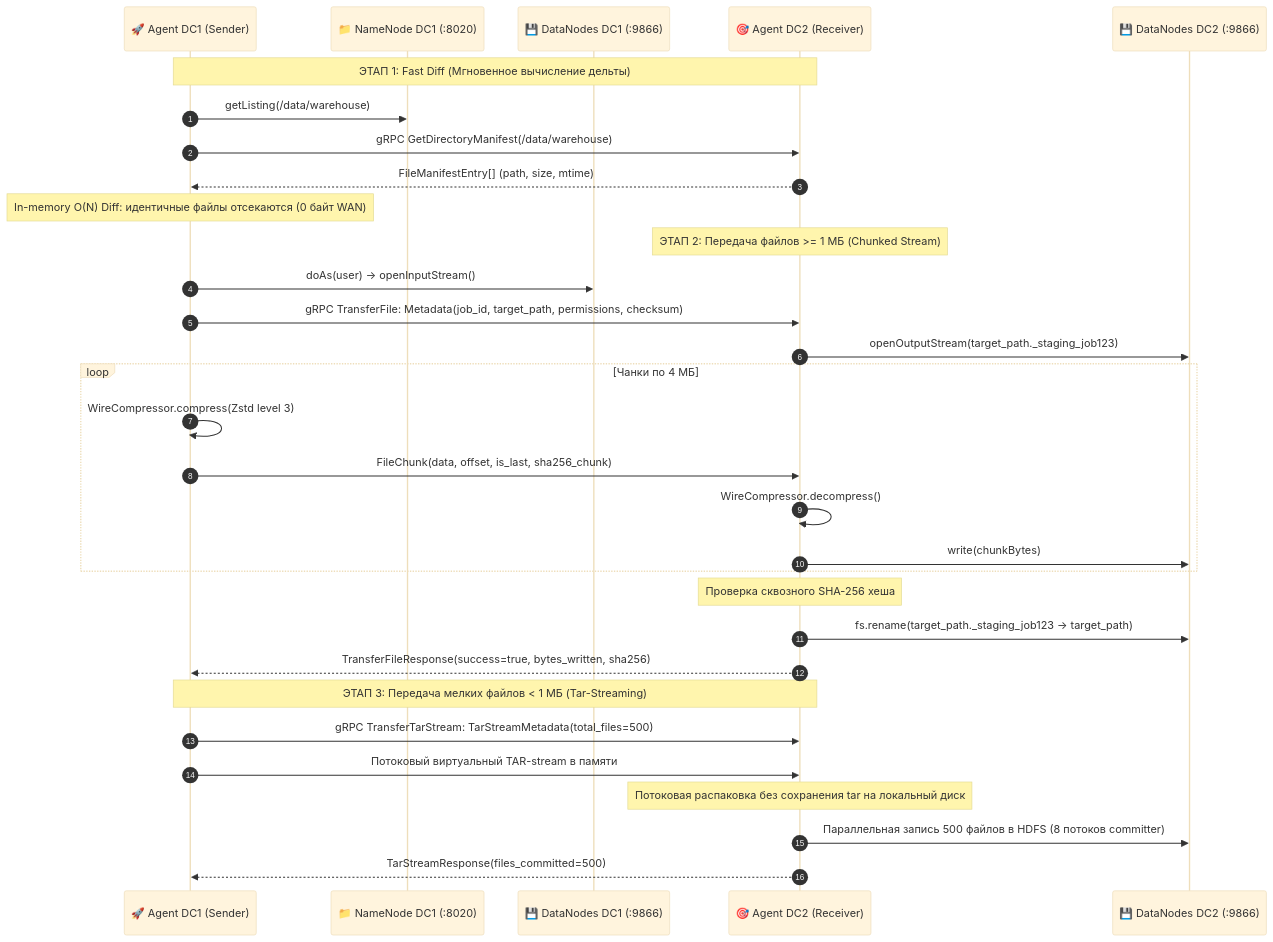
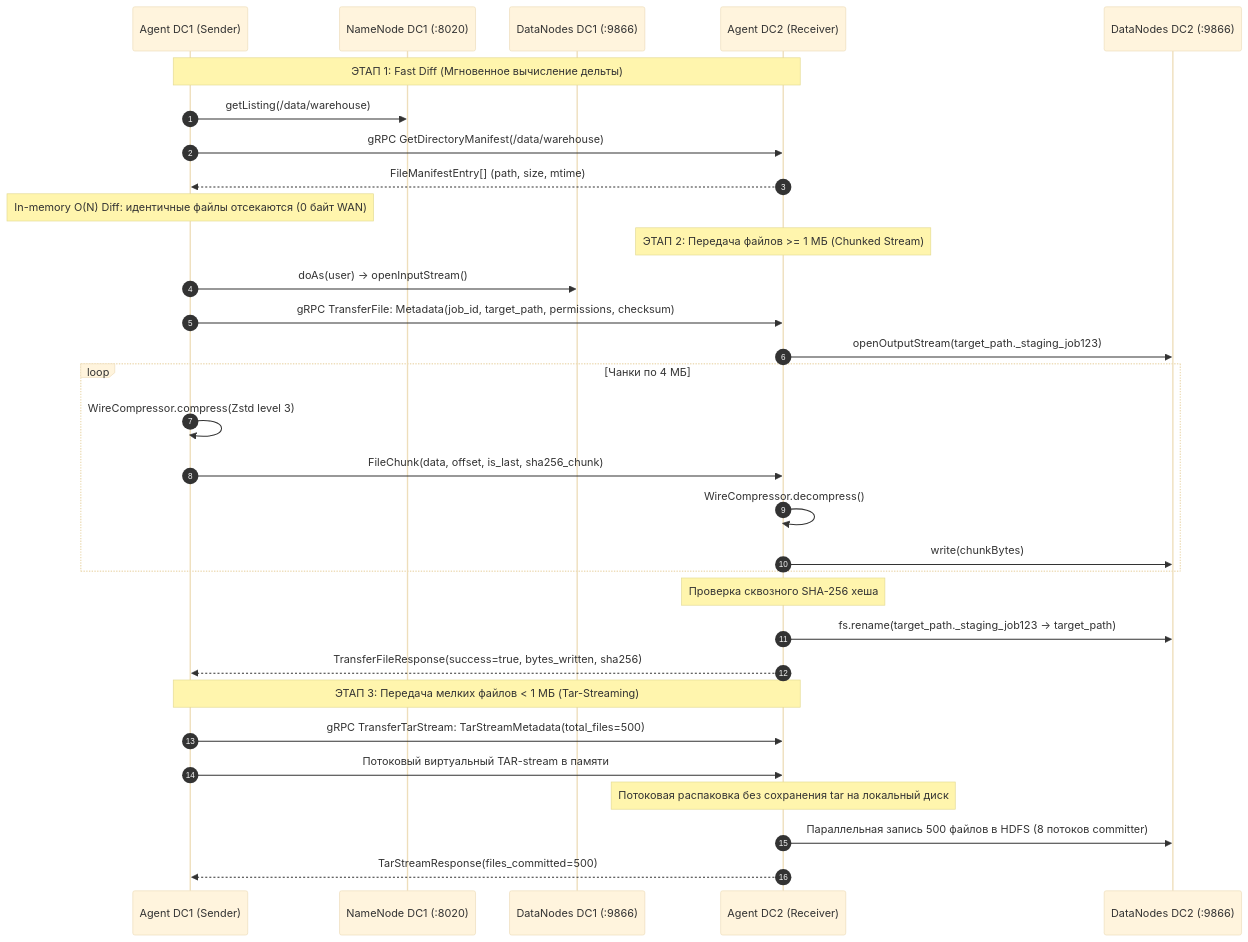
Before and after one commit to balookrd/hadoop-explorer: the first of 3 diagrams in docs/replicator-presentation.md, drawn with Mermaid (base theme). The commit also changed other lines of this file and 48 other files, not shown here.

````diff
--- a/docs/replicator-presentation.md
+++ b/docs/replicator-presentation.md
@@ -194,36 +195,36 @@
 ```mermaid
 sequenceDiagram
     autonumber
-    participant A1 as 🚀 Agent DC1 (Sender)
-    participant NN1 as 📁 NameNode DC1 (:8020)
-    participant DN1 as 💾 DataNodes DC1 (:9866)
-    participant A2 as 🎯 Agent DC2 (Receiver)
-    participant DN2 as 💾 DataNodes DC2 (:9866)
+    participant A1 as Agent DC1 (Sender)
+    participant NN1 as NameNode DC1 (:8020)
+    participant DN1 as DataNodes DC1 (:9866)
+    participant A2 as Agent DC2 (Receiver)
+    participant DN2 as DataNodes DC2 (:9866)
 
     Note over A1,A2: ЭТАП 1: Fast Diff (Мгновенное вычисление дельты)
     A1->>NN1: getListing(/data/warehouse)
     A1->>A2: gRPC GetDirectoryManifest(/data/warehouse)
     A2-->>A1: FileManifestEntry[] (path, size, mtime)
     Note over A1: In-memory O(N) Diff: идентичные файлы отсекаются (0 байт WAN)
 
     Note over A2: ЭТАП 2: Передача файлов >= 1 МБ (Chunked Stream)
     A1->>DN1: doAs(user) -> openInputStream()
     A1->>A2: gRPC TransferFile: Metadata(job_id, target_path, permissions, checksum)
     A2->>DN2: openOutputStream(target_path._staging_job123)
     loop Чанки по 4 МБ
         A1->>A1: WireCompressor.compress(Zstd level 3)
         A1->>A2: FileChunk(data, offset, is_last, sha256_chunk)
         A2->>A2: WireCompressor.decompress()
         A2->>DN2: write(chunkBytes)
     end
     Note over A2: Проверка сквозного SHA-256 хеша
     A2->>DN2: fs.rename(target_path._staging_job123 -> target_path)
     A2-->>A1: TransferFileResponse(success=true, bytes_written, sha256)
 
     Note over A1,A2: ЭТАП 3: Передача мелких файлов < 1 МБ (Tar-Streaming)
     A1->>A2: gRPC TransferTarStream: TarStreamMetadata(total_files=500)
     A1->>A2: Потоковый виртуальный TAR-stream в памяти
     Note over A2: Потоковая распаковка без сохранения tar на локальный диск
     A2->>DN2: Параллельная запись 500 файлов в HDFS (8 потоков committer)
     A2-->>A1: TarStreamResponse(files_committed=500)
 ```
````
